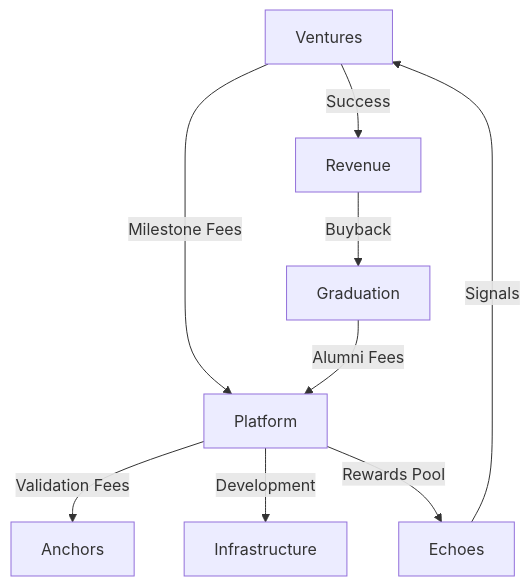
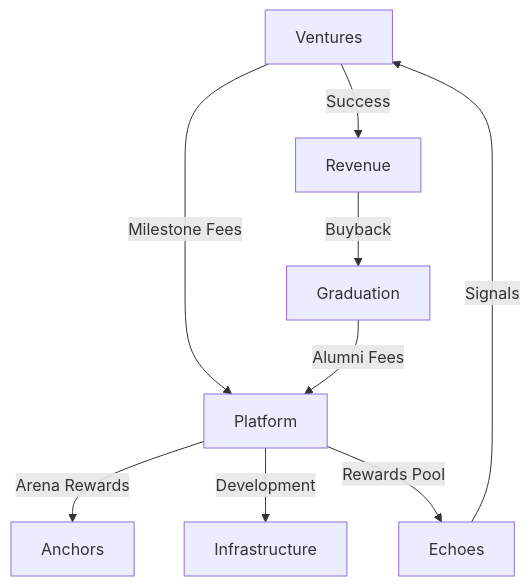
One commit to studio3-labs/studio3-docs changed the third of 3 diagrams in docs/overview-guide/incentives.md. Above: the diagram before and after it, drawn with Mermaid. The commit also changed other lines of this file and 18 other files, not shown here.

````diff
--- a/docs/overview-guide/incentives.md
+++ b/docs/overview-guide/incentives.md
@@ -211,12 +211,12 @@
 ```mermaid
 flowchart TD
     V[Ventures] -->|Milestone Fees| P[Platform]
-    P -->|Validation Fees| A[Anchors]
+    P -->|Arena Rewards| A[Anchors]
     P -->|Development| I[Infrastructure]
     P -->|Rewards Pool| E[Echoes]
     
     E -->|Signals| V
     V -->|Success| R[Revenue]
     R -->|Buyback| G[Graduation]
     G -->|Alumni Fees| P
 ```
````
